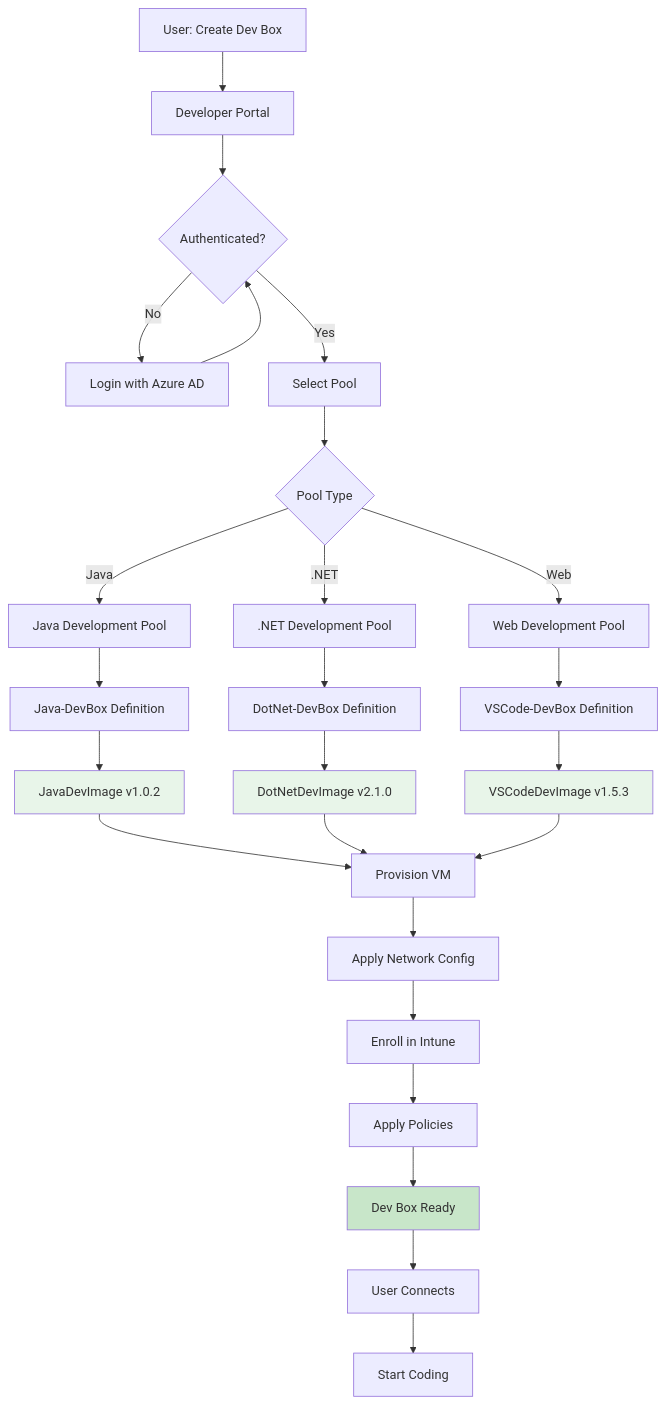
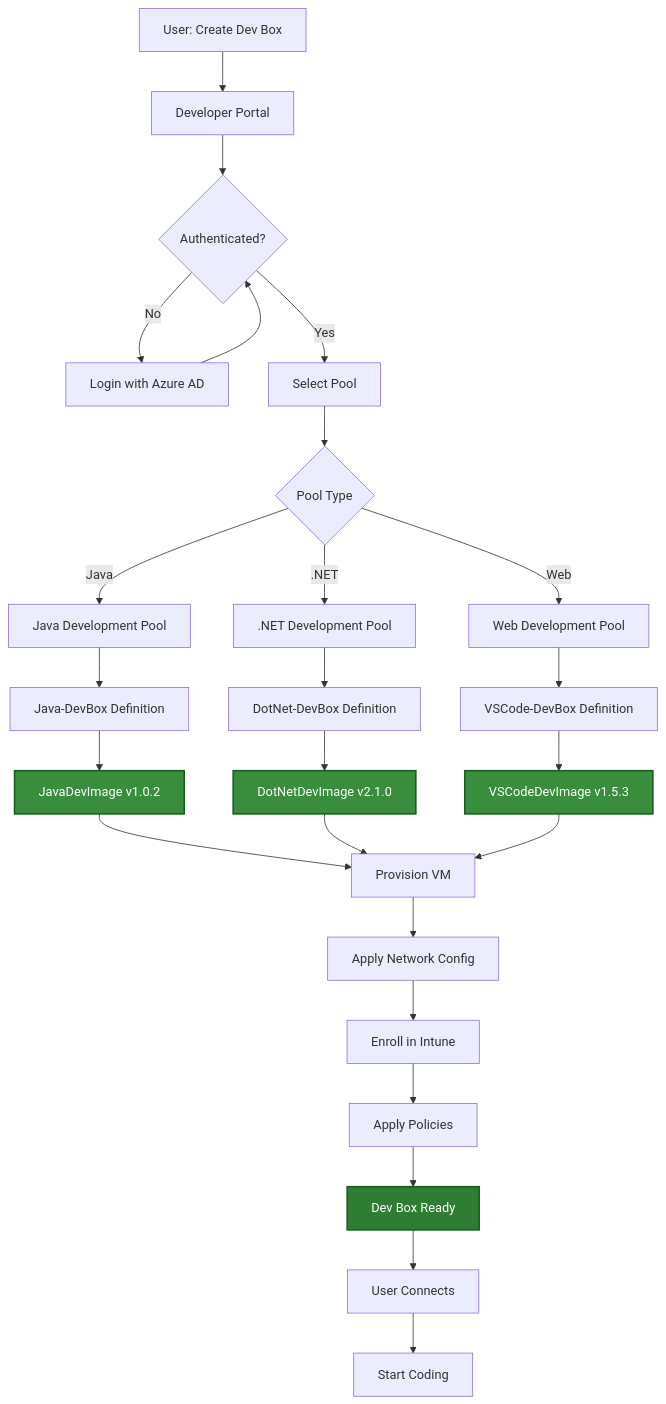
One commit to aj-enns/microsoft.devcenter changed diagram 15 of 16 in terraform/devbox-with-multi-images-and-roles/docs/ARCHITECTURE-DIAGRAMS.md. Above: the diagram before and after it, drawn with Mermaid. The commit also changed other lines of this file, not shown here.

Commit message:
style: Update architecture diagrams with new color scheme for improved clarity

````diff
--- a/terraform/devbox-with-multi-images-and-roles/docs/ARCHITECTURE-DIAGRAMS.md
+++ b/terraform/devbox-with-multi-images-and-roles/docs/ARCHITECTURE-DIAGRAMS.md
@@ -610,39 +610,39 @@
 ```mermaid
 flowchart TD
     USER[User: Create Dev Box] --> PORTAL[Developer Portal]
     PORTAL --> AUTH{Authenticated?}
     
     AUTH -->|No| LOGIN[Login with Azure AD]
     LOGIN --> AUTH
     AUTH -->|Yes| SELECT[Select Pool]
     
     SELECT --> POOL{Pool Type}
     POOL -->|Java| JAVA[Java Development Pool]
     POOL -->|.NET| DOTNET[.NET Development Pool]
     POOL -->|Web| WEB[Web Development Pool]
     
     JAVA --> DEF1[Java-DevBox Definition]
     DOTNET --> DEF2[DotNet-DevBox Definition]
     WEB --> DEF3[VSCode-DevBox Definition]
     
     DEF1 --> IMG1[JavaDevImage v1.0.2]
     DEF2 --> IMG2[DotNetDevImage v2.1.0]
     DEF3 --> IMG3[VSCodeDevImage v1.5.3]
     
     IMG1 --> PROVISION[Provision VM]
     IMG2 --> PROVISION
     IMG3 --> PROVISION
     
     PROVISION --> NET[Apply Network Config]
     NET --> INTUNE[Enroll in Intune]
     INTUNE --> POLICY[Apply Policies]
     POLICY --> READY[Dev Box Ready]
     
     READY --> CONNECT[User Connects]
     CONNECT --> CODE[Start Coding]
     
-    style IMG1 fill:#e8f5e9
-    style IMG2 fill:#e8f5e9
-    style IMG3 fill:#e8f5e9
-    style READY fill:#c8e6c9
+    style IMG1 fill:#388e3c,stroke:#1b5e20,stroke-width:2px,color:#fff
+    style IMG2 fill:#388e3c,stroke:#1b5e20,stroke-width:2px,color:#fff
+    style IMG3 fill:#388e3c,stroke:#1b5e20,stroke-width:2px,color:#fff
+    style READY fill:#2e7d32,stroke:#1b5e20,stroke-width:2px,color:#fff
 ```
````
